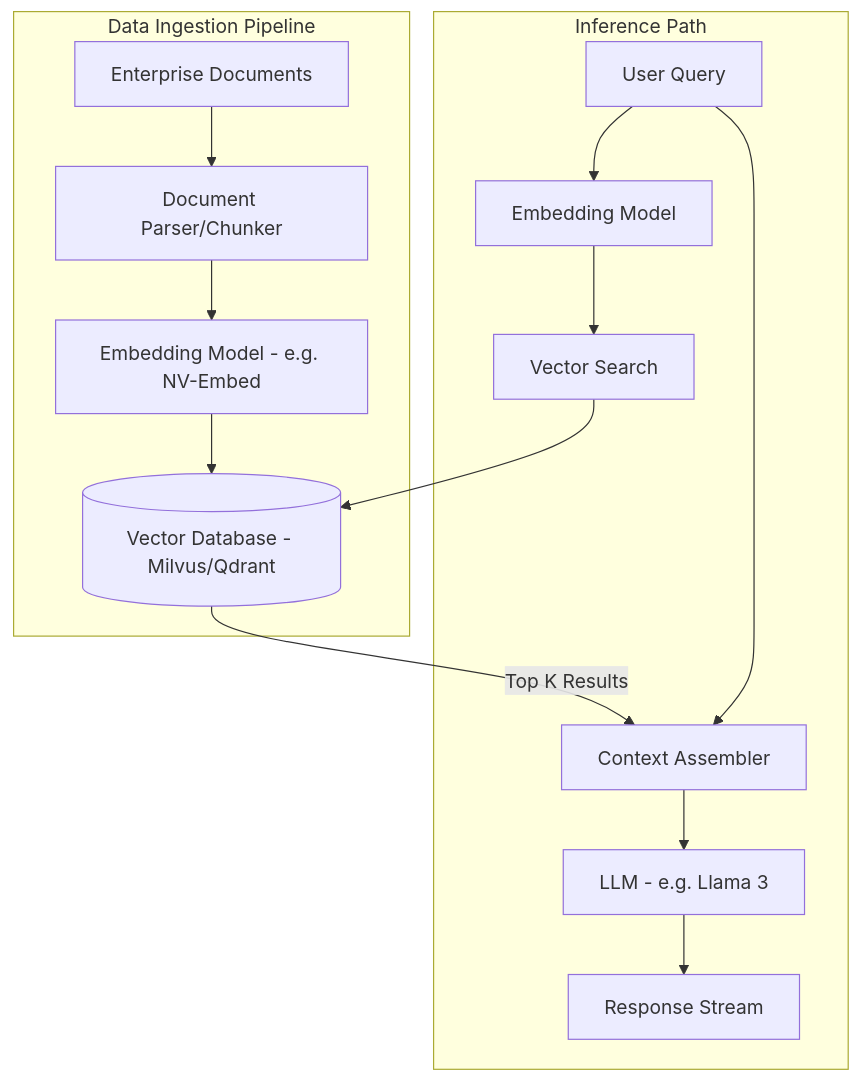
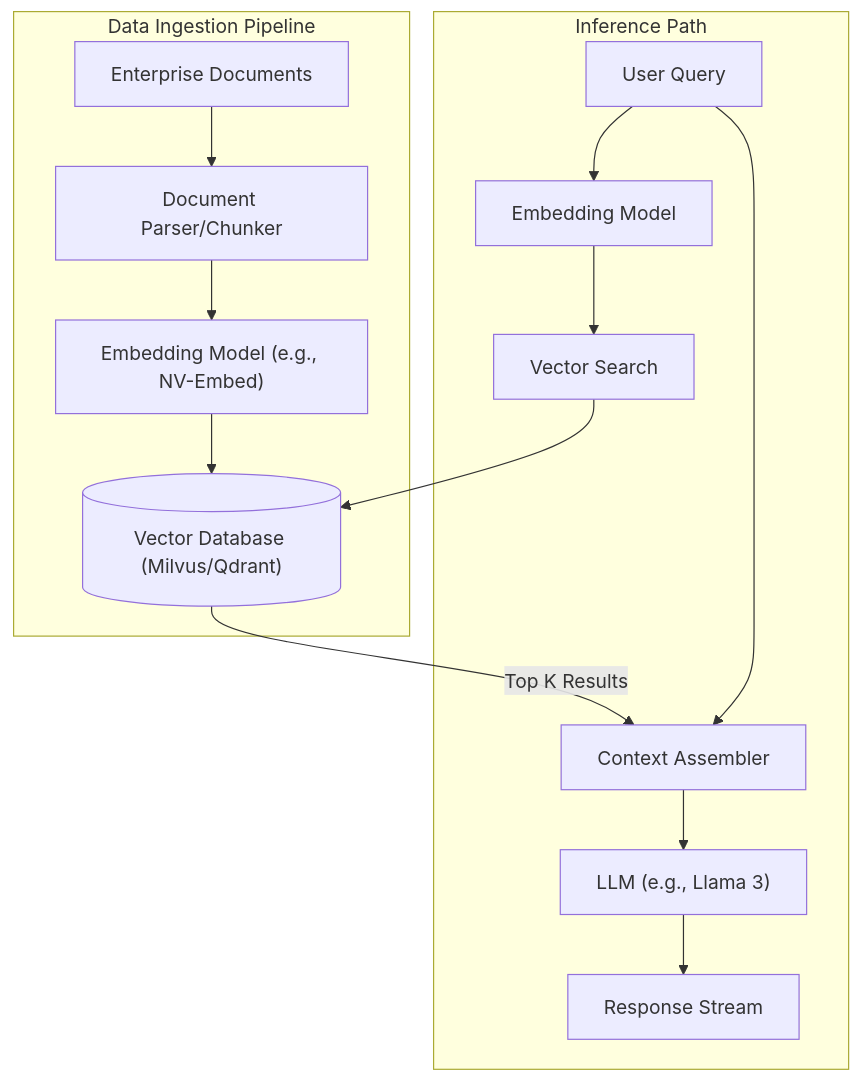
One commit to jithinpnjm/nvidia-devops changed the third of 5 diagrams in docs/volume-05/03-ai-autoscaling-rag-masterclass.md. Above: the diagram before and after it, drawn with Mermaid. The commit also changed other lines of this file and 110 other files, not shown here.

Commit message:
docs(volume-1-10): complete second-pass refinement of formatting, visual diagrams, and code snippets

````diff
--- a/docs/volume-05/03-ai-autoscaling-rag-masterclass.md
+++ b/docs/volume-05/03-ai-autoscaling-rag-masterclass.md
@@ -185,18 +185,18 @@
 ```mermaid
-graph TD
-    subgraph Data Ingestion Pipeline
-        Docs[Enterprise Documents] --> Parser[Document Parser/Chunker]
-        Parser --> Embed[Embedding Model - e.g. NV-Embed]
-        Embed --> VectorDB[(Vector Database - Milvus/Qdrant)]
+flowchart TD
+    subgraph "Data Ingestion Pipeline"
+        Docs["Enterprise Documents"] --> Parser["Document Parser/Chunker"]
+        Parser --> Embed["Embedding Model (e.g., NV-Embed)"]
+        Embed --> VectorDB[("Vector Database (Milvus/Qdrant)")]
     end
 
-    subgraph Inference Path
-        User[User Query] --> EmbedQuery[Embedding Model]
-        EmbedQuery --> Search[Vector Search]
+    subgraph "Inference Path"
+        User["User Query"] --> EmbedQuery["Embedding Model"]
+        EmbedQuery --> Search["Vector Search"]
         Search --> VectorDB
-        VectorDB -->|Top K Results| Context[Context Assembler]
+        VectorDB -- "Top K Results" --> Context["Context Assembler"]
         User --> Context
-        Context --> LLM[LLM - e.g. Llama 3]
-        LLM --> Response[Response Stream]
+        Context --> LLM["LLM (e.g., Llama 3)"]
+        LLM --> Response["Response Stream"]
     end
 ```
````
